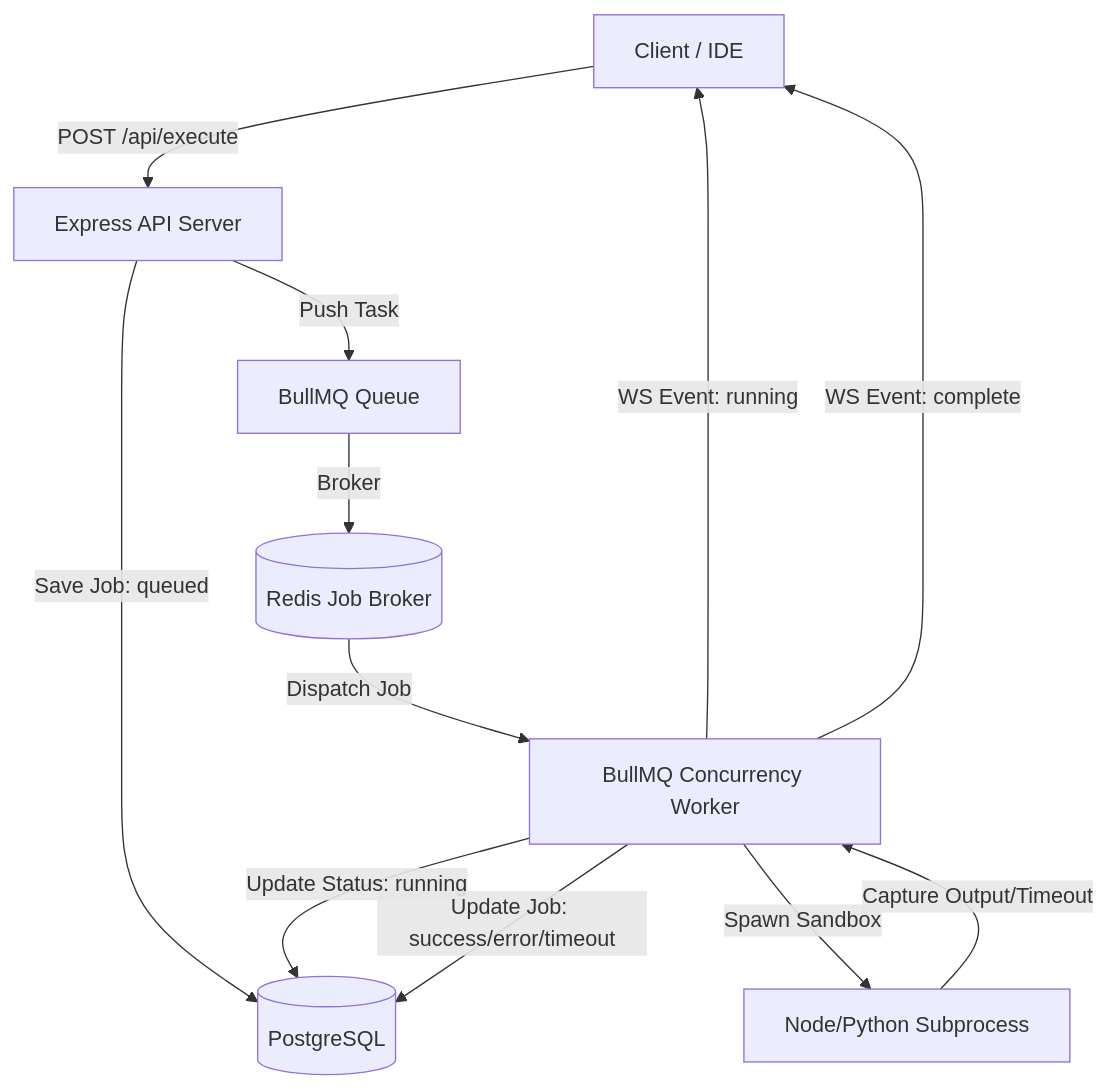
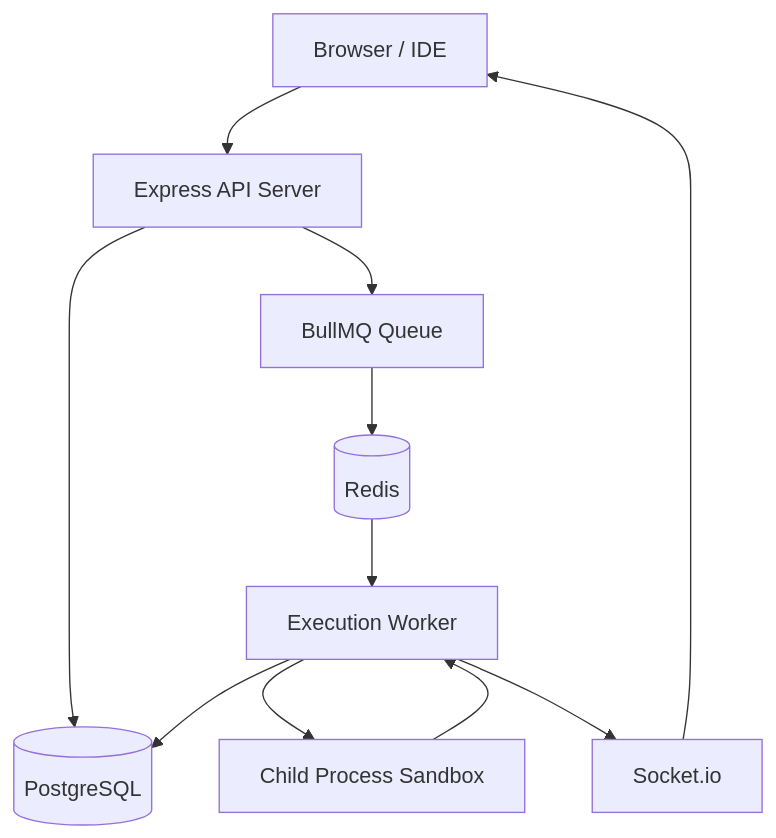
Before and after one commit to shivmodi/edtech-assessment: the first of 2 diagrams in task2-codeguru/DESIGN.md, drawn with Mermaid. The commit also changed other lines of this file and 5 other files, not shown here.

````diff
--- a/task2-codeguru/DESIGN.md
+++ b/task2-codeguru/DESIGN.md
@@ -5,14 +19,25 @@
 ```mermaid
 graph TD
-    Client[Client / IDE] -->|POST /api/execute| API[Express API Server]
-    API -->|Save Job: queued| DB[(PostgreSQL)]
-    API -->|Push Task| Queue[BullMQ Queue]
-    Queue -->|Broker| Redis[(Redis Job Broker)]
-    Redis -->|Dispatch Job| Worker[BullMQ Concurrency Worker]
-    Worker -->|Update Status: running| DB
-    Worker -->|WS Event: running| Client
-    Worker -->|Spawn Sandbox| Exec[Node/Python Subprocess]
-    Exec -->|Capture Output/Timeout| Worker
-    Worker -->|Update Job: success/error/timeout| DB
-    Worker -->|WS Event: complete| Client
+
+    Client[Browser / IDE]
+
+    Client --> API[Express API Server]
+
+    API --> DB[(PostgreSQL)]
+
+    API --> Queue[BullMQ Queue]
+
+    Queue --> Redis[(Redis)]
+
+    Redis --> Worker[Execution Worker]
+
+    Worker --> Sandbox[Child Process Sandbox]
+
+    Sandbox --> Worker
+
+    Worker --> DB
+
+    Worker --> Socket[Socket.io]
+
+    Socket --> Client
 ```
````
